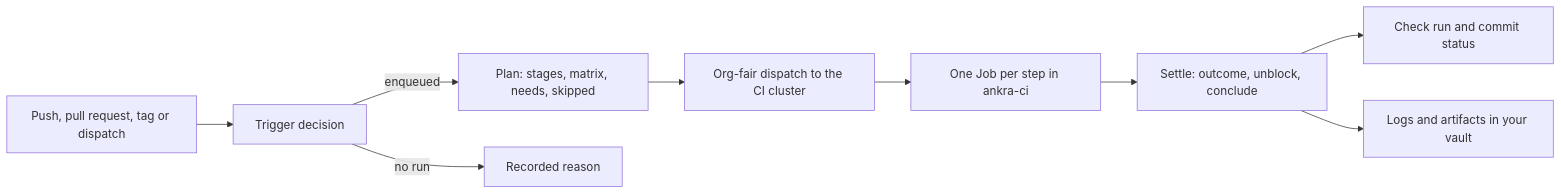
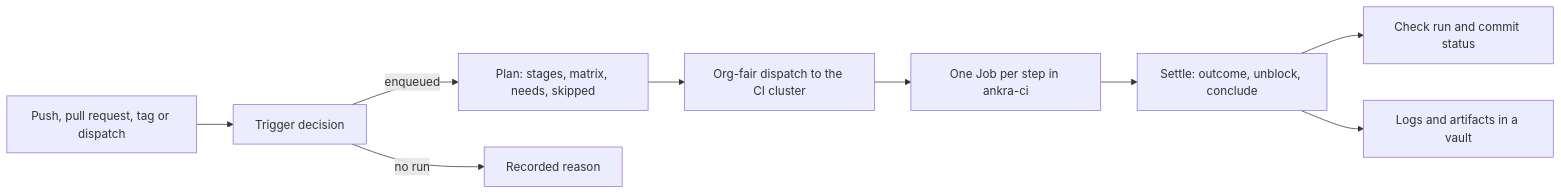
One commit to ankraio/ankra-docs changed the diagram in guides/ankra-pipelines.mdx. Above: the diagram before and after it, drawn with Mermaid. The commit also changed other lines of this file and 21 other files, not shown here.

````diff
--- a/guides/ankra-pipelines.mdx
+++ b/guides/ankra-pipelines.mdx
@@ -270,11 +259,11 @@
 ```mermaid
 flowchart LR
     Event[Push, pull request, tag or dispatch] --> Trigger[Trigger decision]
     Trigger -->|enqueued| Plan[Plan: stages, matrix, needs, skipped]
     Trigger -->|no run| Reason[Recorded reason]
     Plan --> Dispatch[Org-fair dispatch to the CI cluster]
     Dispatch --> Job[One Job per step in ankra-ci]
     Job --> Settle[Settle: outcome, unblock, conclude]
     Settle --> Check[Check run and commit status]
-    Settle --> Vault[Logs and artifacts in your vault]
+    Settle --> Vault[Logs and artifacts in a vault]
 ```
````
